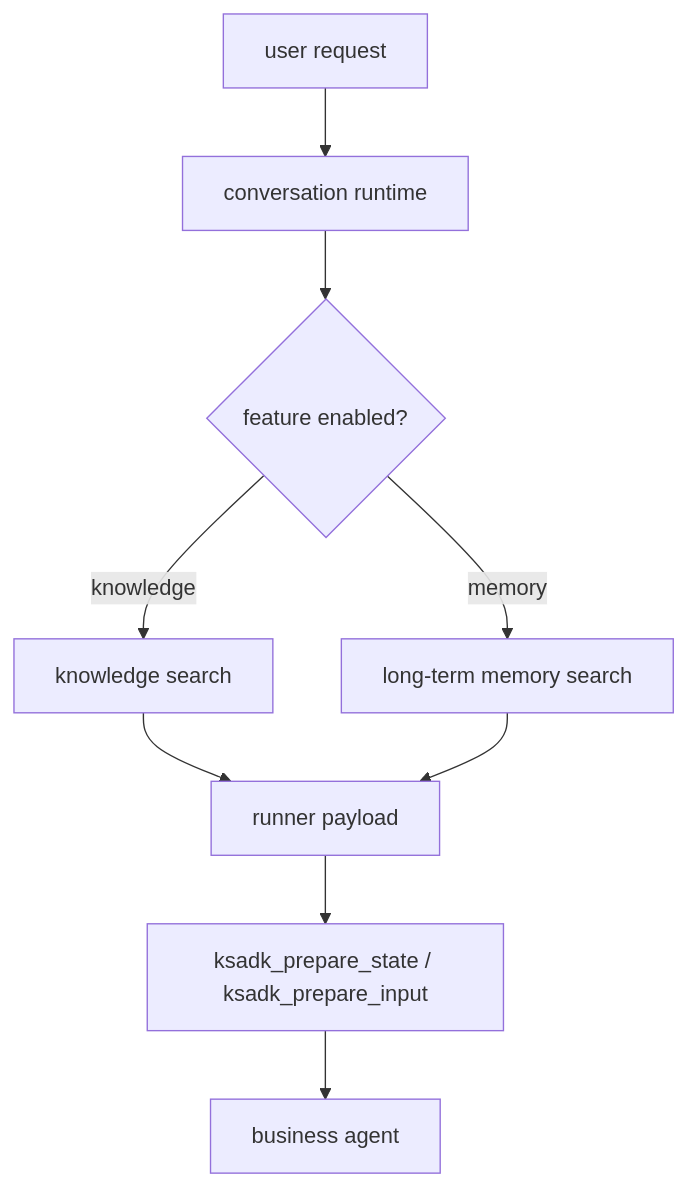
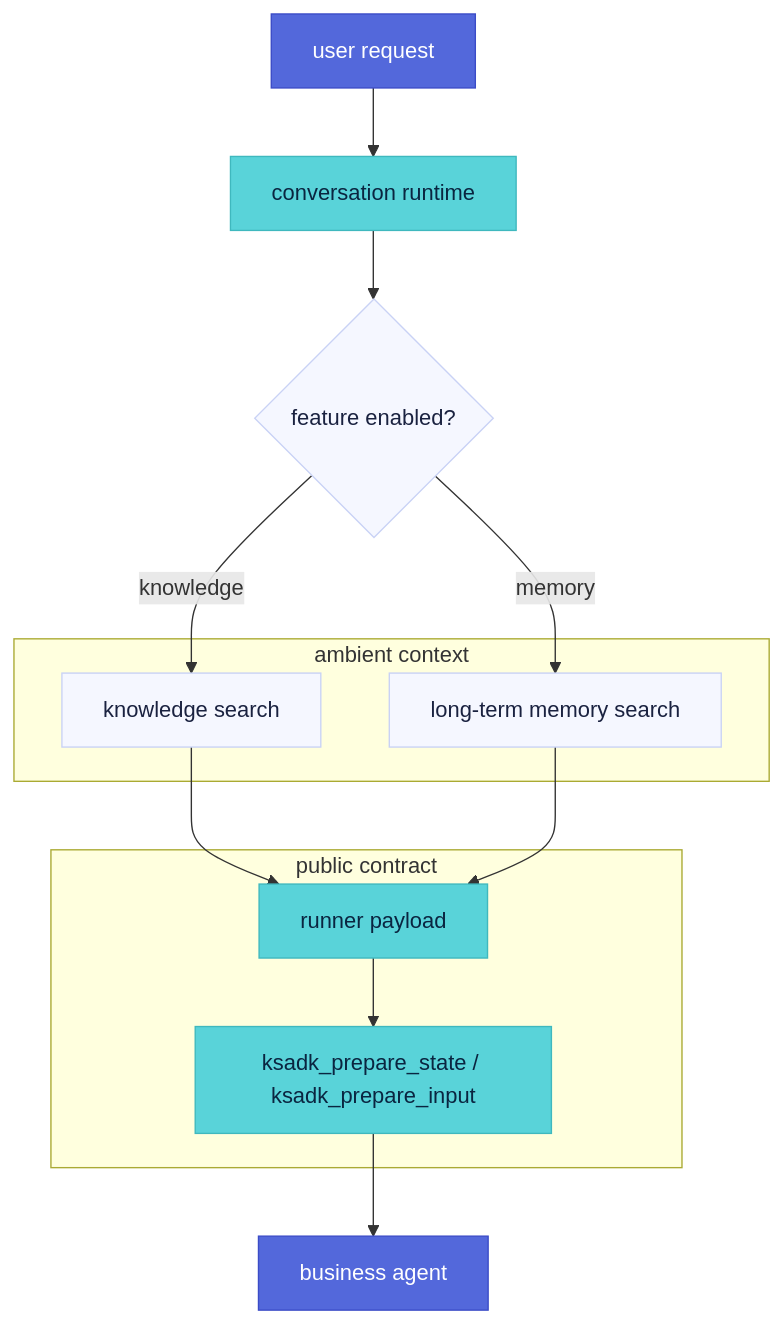
One commit to kingsoftcloud/ksadk-python changed the first of 2 diagrams in docs-site/content/docs/framework/guides/memory-knowledge.en.mdx. Above: the diagram before and after it, drawn with Mermaid. The commit also changed other lines of this file and 33 other files, not shown here.

````diff
--- a/docs-site/content/docs/framework/guides/memory-knowledge.en.mdx
+++ b/docs-site/content/docs/framework/guides/memory-knowledge.en.mdx
@@ -33,11 +33,27 @@
 ```mermaid
 flowchart TD
   User["user request"] --> Runtime["conversation runtime"]
   Runtime --> Policy{"feature enabled?"}
   Policy -->|knowledge| KB["knowledge search"]
   Policy -->|memory| LTM["long-term memory search"]
   KB --> Payload["runner payload"]
   LTM --> Payload
   Payload --> Hook["ksadk_prepare_state / ksadk_prepare_input"]
   Hook --> Agent["business agent"]
+
+  subgraph ctx["ambient context"]
+    KB
+    LTM
+  end
+  subgraph contract["public contract"]
+    Payload
+    Hook
+  end
+
+  classDef brand fill:#5368db,stroke:#3b4cc7,color:#fff
+  classDef accent fill:#59d3d9,stroke:#3fb8be,color:#0a2540
+  classDef neutral fill:#f5f7ff,stroke:#c9d2f5,color:#1a2240
+  class User,Agent brand
+  class Runtime,Payload,Hook accent
+  class Policy,KB,LTM neutral
 ```
````
